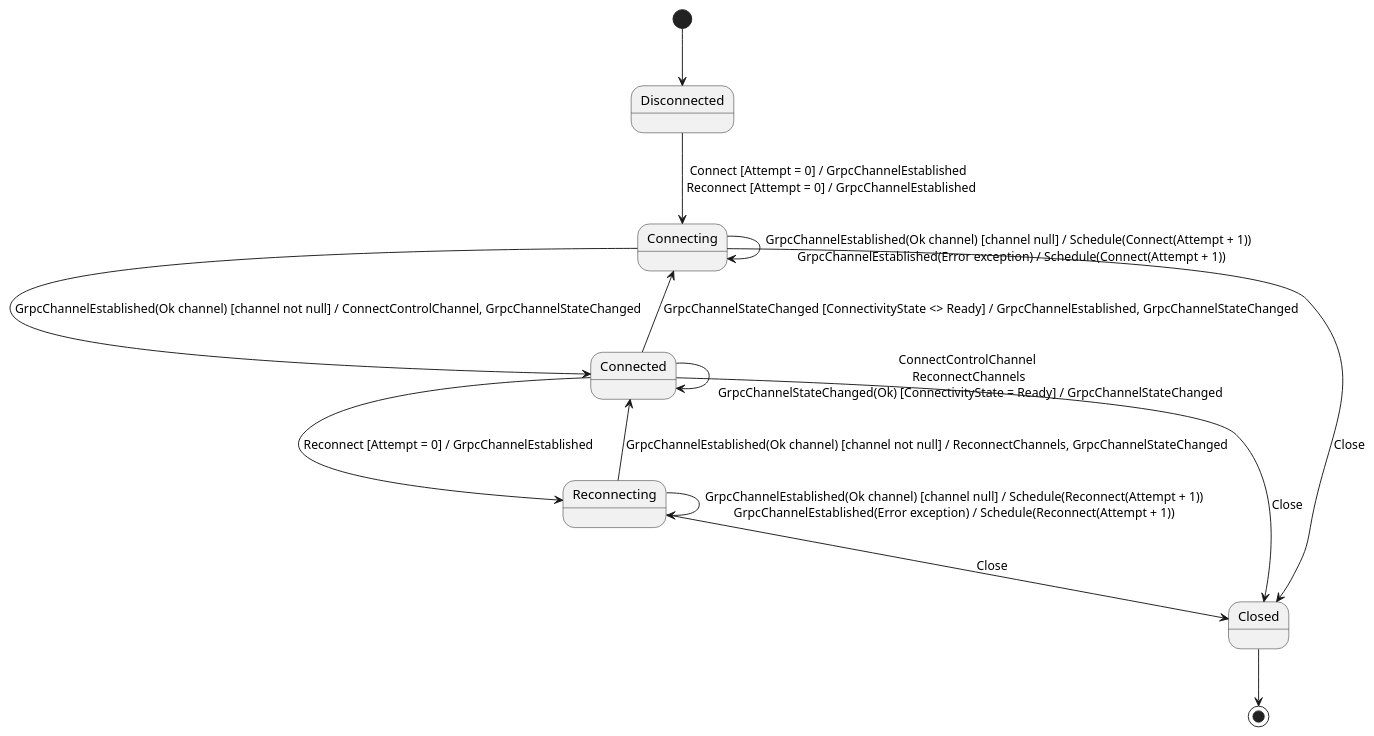
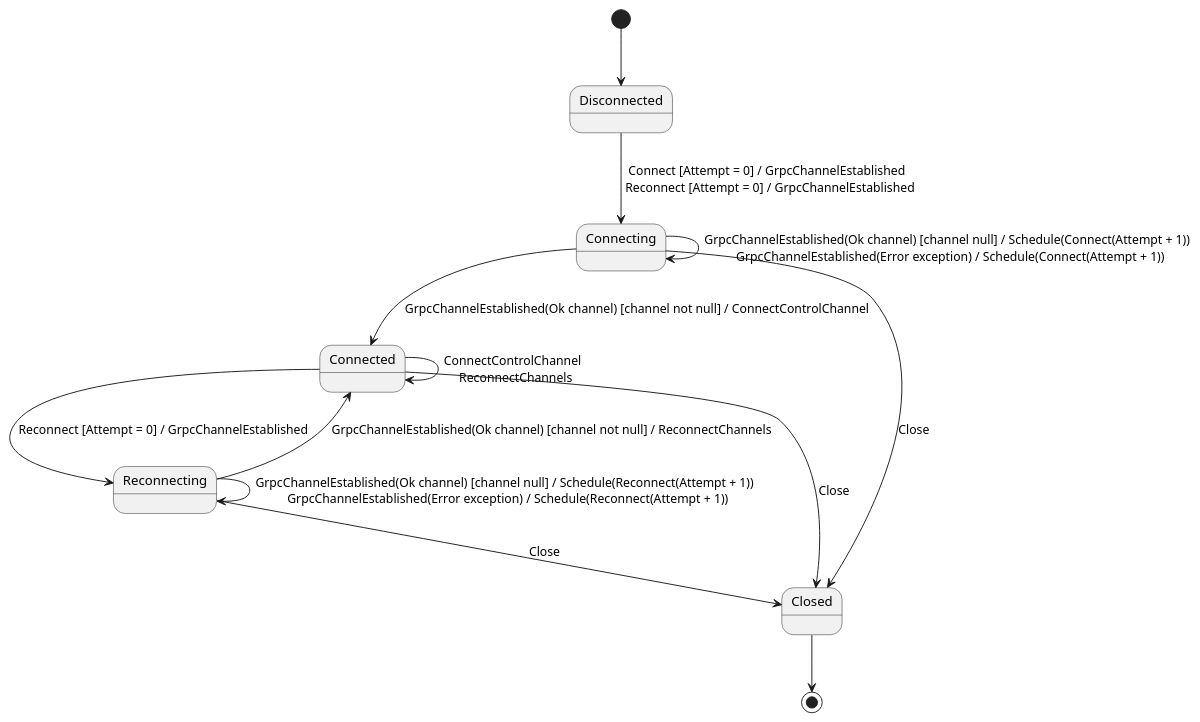
The diagram in src/AxonIQ.AxonServer.Connector/AxonServerConnectionMachine.plantuml (AxonIQ/axonserver-connector-dotnet), drawn with PlantUML before and after one commit. The commit also changed 46 other files, not shown here.

```diff
--- a/src/AxonIQ.AxonServer.Connector/AxonServerConnectionMachine.plantuml
+++ b/src/AxonIQ.AxonServer.Connector/AxonServerConnectionMachine.plantuml
@@ -1,15 +1,14 @@
 @startuml AxonServerConnection state machine
 [*] --> Disconnected
 Disconnected --> Connecting: Connect [Attempt = 0] / GrpcChannelEstablished \n Reconnect [Attempt = 0] / GrpcChannelEstablished
-Connecting --> Connected: GrpcChannelEstablished(Ok channel) [channel not null] / ConnectControlChannel, GrpcChannelStateChanged
+Connecting --> Connected: GrpcChannelEstablished(Ok channel) [channel not null] / ConnectControlChannel
 Connecting --> Connecting: GrpcChannelEstablished(Ok channel) [channel null] / Schedule(Connect(Attempt + 1)) \n GrpcChannelEstablished(Error exception) / Schedule(Connect(Attempt + 1))
 Connected --> Reconnecting: Reconnect [Attempt = 0] / GrpcChannelEstablished
-Reconnecting --> Reconnecting: GrpcChannelEstablished(Ok channel) [channel null] / Schedule(Reconnect(Attempt + 1))\nGrpcChannelEstablished(Error exception) / Schedule(Reconnect(Attempt + 1))
-Reconnecting --> Connected: GrpcChannelEstablished(Ok channel) [channel not null] / ReconnectChannels, GrpcChannelStateChanged
-Connected --> Connected: ConnectControlChannel \n ReconnectChannels \n GrpcChannelStateChanged(Ok) [ConnectivityState = Ready] / GrpcChannelStateChanged
-Connected --> Connecting: GrpcChannelStateChanged [ConnectivityState <> Ready] / GrpcChannelEstablished, GrpcChannelStateChanged
+Reconnecting --> Reconnecting: GrpcChannelEstablished(Ok channel) [channel null] / Schedule(Reconnect(Attempt + 1)) \n GrpcChannelEstablished(Error exception) / Schedule(Reconnect(Attempt + 1))
+Reconnecting --> Connected: GrpcChannelEstablished(Ok channel) [channel not null] / ReconnectChannels
+Connected --> Connected: ConnectControlChannel \n ReconnectChannels
 Connected --> Closed: Close
 Connecting --> Closed: Close
 Reconnecting --> Closed: Close
 Closed --> [*]
 @enduml
```
